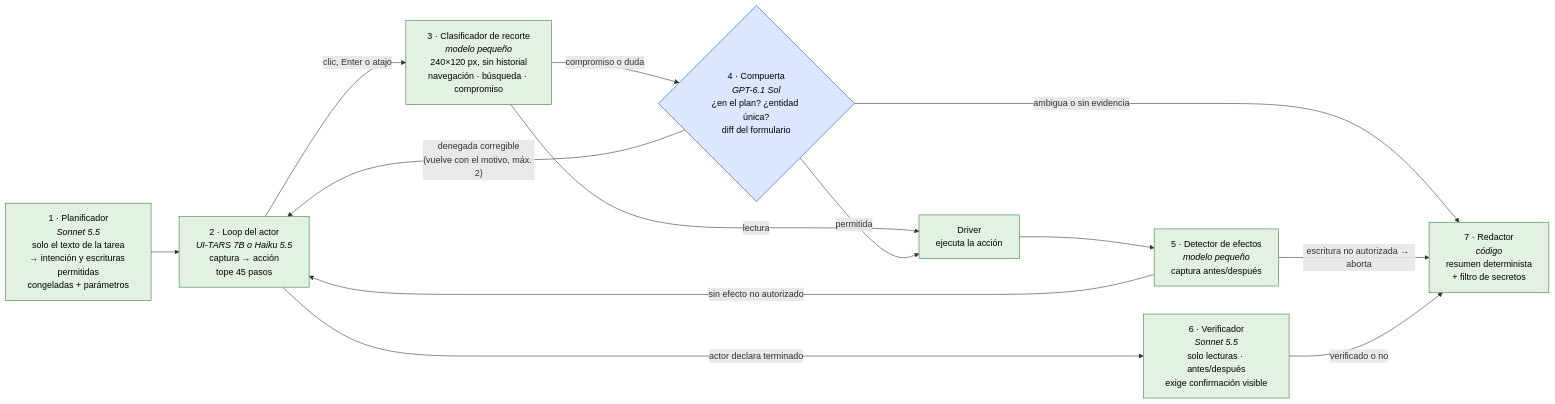
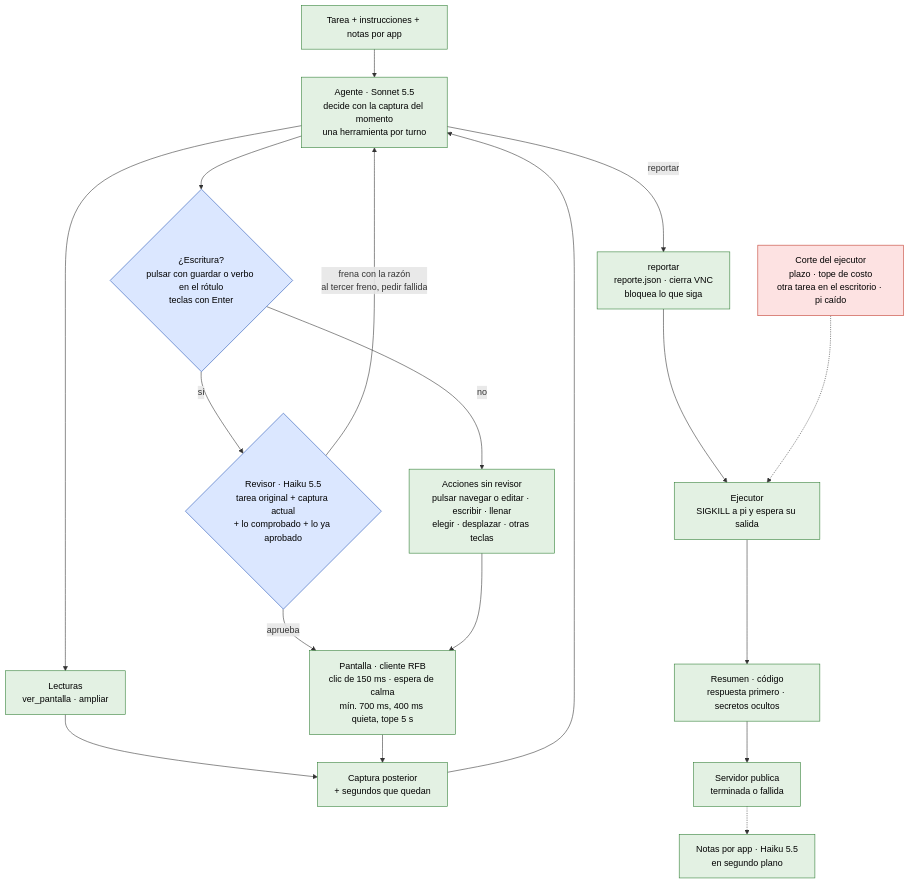
One commit to JuanMCanchala/frontier-cdmx changed the second of 3 diagrams in docs/arquitectura.md. Above: the diagram before and after it, drawn with Mermaid. The commit also changed other lines of this file and 3 other files, not shown here.

````diff
--- a/docs/arquitectura.md
+++ b/docs/arquitectura.md
@@ -54,29 +66,42 @@
 ```mermaid
-flowchart LR
-    P["1 · Planificador<br/><i>Sonnet 5.5</i><br/>solo el texto de la tarea<br/>→ intención y escrituras permitidas<br/>congeladas + parámetros"]
-    A["2 · Loop del actor<br/><i>UI-TARS 7B o Haiku 5.5</i><br/>captura → acción<br/>tope 45 pasos"]
-    C["3 · Clasificador de recorte<br/><i>modelo pequeño</i><br/>240×120 px, sin historial<br/>navegación · búsqueda · compromiso"]
-    G{"4 · Compuerta<br/><i>GPT-6.1 Sol</i><br/>¿en el plan? ¿entidad única?<br/>diff del formulario"}
-    X["Driver<br/>ejecuta la acción"]
-    D["5 · Detector de efectos<br/><i>modelo pequeño</i><br/>captura antes/después"]
-    V["6 · Verificador<br/><i>Sonnet 5.5</i><br/>solo lecturas · antes/después<br/>exige confirmación visible"]
-    R["7 · Redactor<br/><i>código</i><br/>resumen determinista<br/>+ filtro de secretos"]
+flowchart TB
+    T["Tarea + instrucciones + notas por app"]
+    A["Agente · Sonnet 5.5<br/>decide con la captura del momento<br/>una herramienta por turno"]
+    L["Lecturas<br/>ver_pantalla · ampliar"]
+    W{"¿Escritura?<br/>pulsar con guardar o verbo en el rótulo<br/>teclas con Enter"}
+    ACC["Acciones sin revisor<br/>pulsar navegar o editar · escribir · llenar<br/>elegir · desplazar · otras teclas"]
+    R{"Revisor · Haiku 5.5<br/>tarea original + captura actual<br/>+ lo comprobado + lo ya aprobado"}
+    P["Pantalla · cliente RFB<br/>clic de 150 ms · espera de calma<br/>mín. 700 ms, 400 ms quieta, tope 5 s"]
+    O["Captura posterior<br/>+ segundos que quedan"]
+    REP["reportar<br/>reporte.json · cierra VNC<br/>bloquea lo que siga"]
+    CUT["Corte del ejecutor<br/>plazo · tope de costo<br/>otra tarea en el escritorio · pi caído"]
+    EJ["Ejecutor<br/>SIGKILL a pi y espera su salida"]
+    RES["Resumen · código<br/>respuesta primero · secretos ocultos"]
+    PUB["Servidor publica<br/>terminada o fallida"]
+    MEM["Notas por app · Haiku 5.5<br/>en segundo plano"]
 
-    P --> A
-    A -->|"clic, Enter o atajo"| C
-    C -->|"lectura"| X
-    C -->|"compromiso o duda"| G
-    G -->|"permitida"| X
-    G -->|"denegada corregible<br/>(vuelve con el motivo, máx. 2)"| A
-    G -->|"ambigua o sin evidencia"| R
-    X --> D
-    D -->|"sin efecto no autorizado"| A
-    D -->|"escritura no autorizada → aborta"| R
-    A -->|"actor declara terminado"| V
-    V -->|"verificado o no"| R
+    T --> A
+    A --> L
+    A --> W
+    W -->|"no"| ACC
+    W -->|"sí"| R
+    R -->|"aprueba"| P
+    R -->|"frena con la razón<br/>al tercer freno, pedir fallida"| A
+    ACC --> P
+    L --> O
+    P --> O
+    O --> A
+    A -->|"reportar"| REP
+    REP --> EJ
+    CUT -.-> EJ
+    EJ --> RES
+    RES --> PUB
+    PUB -.-> MEM
 
     classDef gate fill:#dbe7ff,stroke:#1f4fb4,color:#000
     classDef ours fill:#e3f1e3,stroke:#2e7d32,color:#000
-    class P,A,C,X,D,V,R ours
-    class G gate
+    classDef cut fill:#fde2e2,stroke:#c0392b,color:#000
+    class T,A,L,ACC,P,O,REP,EJ,RES,PUB,MEM ours
+    class W,R gate
+    class CUT cut
 ```
````
